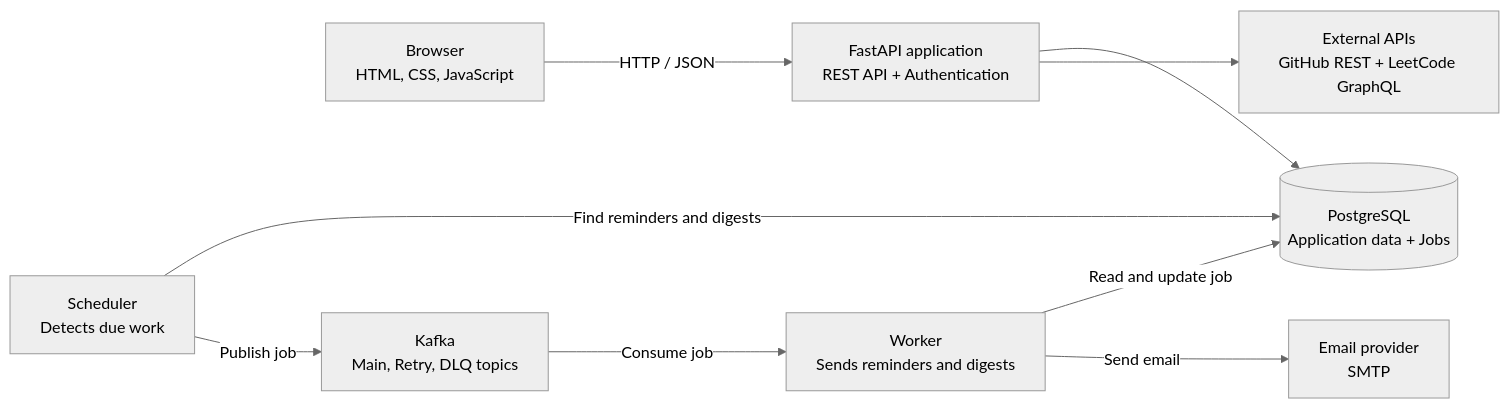
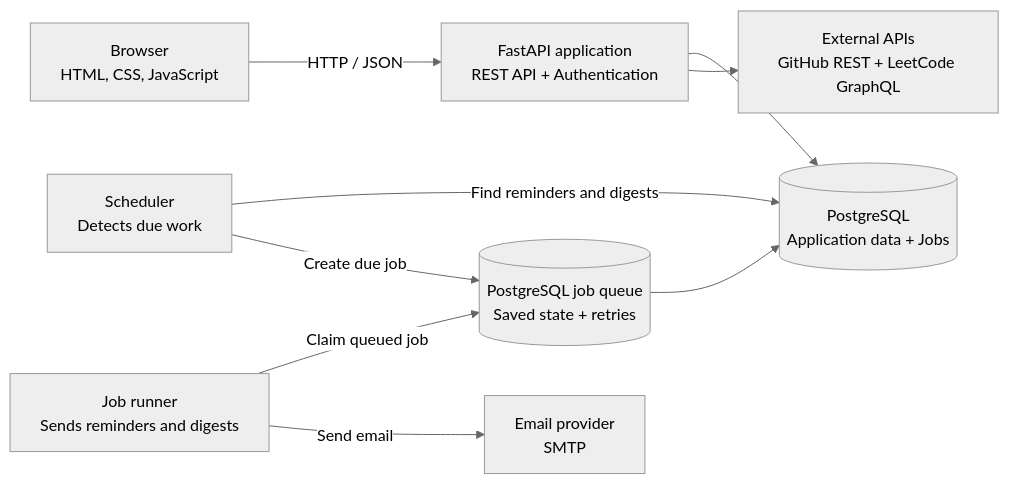
Before and after one commit to rajeev8008/Pace: the diagram in README.md, drawn with Mermaid (neutral theme). The commit also changed other lines of this file and 17 other files, not shown here.

First line of the commit message:
refactor replace Kafka with PostgreSQL job scheduling

````diff
--- a/README.md
+++ b/README.md
@@ -33,28 +33,28 @@
 ```mermaid
 flowchart LR
     Browser["Browser<br/>HTML, CSS, JavaScript"]
 
     API["FastAPI application<br/>REST API + Authentication"]
 
     DB[("PostgreSQL<br/>Application data + Jobs")]
 
     External["External APIs<br/>GitHub REST + LeetCode GraphQL"]
 
     Scheduler["Scheduler<br/>Detects due work"]
 
-    Kafka["Kafka<br/>Main, Retry, DLQ topics"]
+    Jobs[("PostgreSQL job queue<br/>Saved state + retries")]
 
-    Worker["Worker<br/>Sends reminders and digests"]
+    Runner["Job runner<br/>Sends reminders and digests"]
 
     Email["Email provider<br/>SMTP"]
 
     Browser -->|"HTTP / JSON"| API
     API --> DB
     API --> External
 
     Scheduler -->|"Find reminders and digests"| DB
-    Scheduler -->|"Publish job"| Kafka
-    Kafka -->|"Consume job"| Worker
-    Worker -->|"Read and update job"| DB
-    Worker -->|"Send email"| Email
+    Scheduler -->|"Create due job"| Jobs
+    Runner -->|"Claim queued job"| Jobs
+    Jobs --> DB
+    Runner -->|"Send email"| Email
 ```
````
